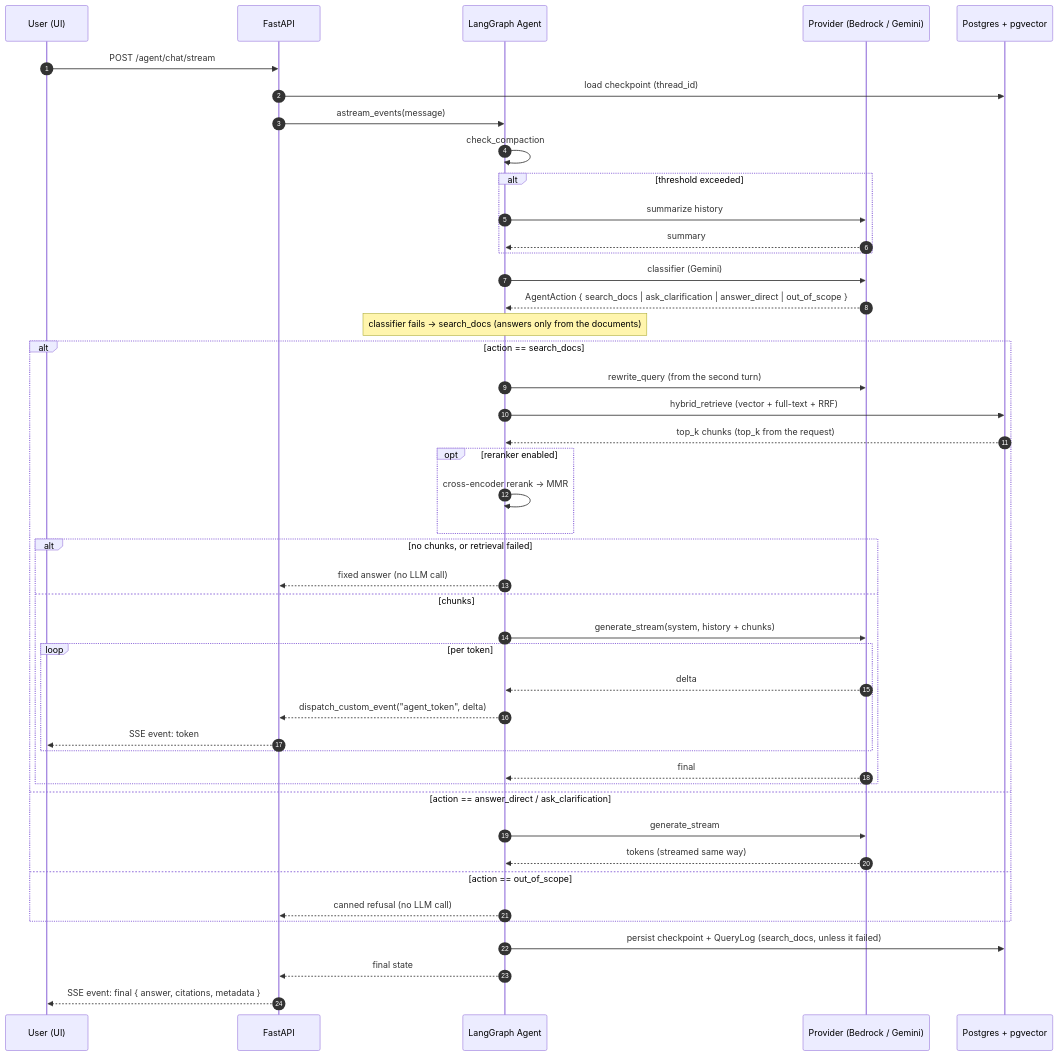
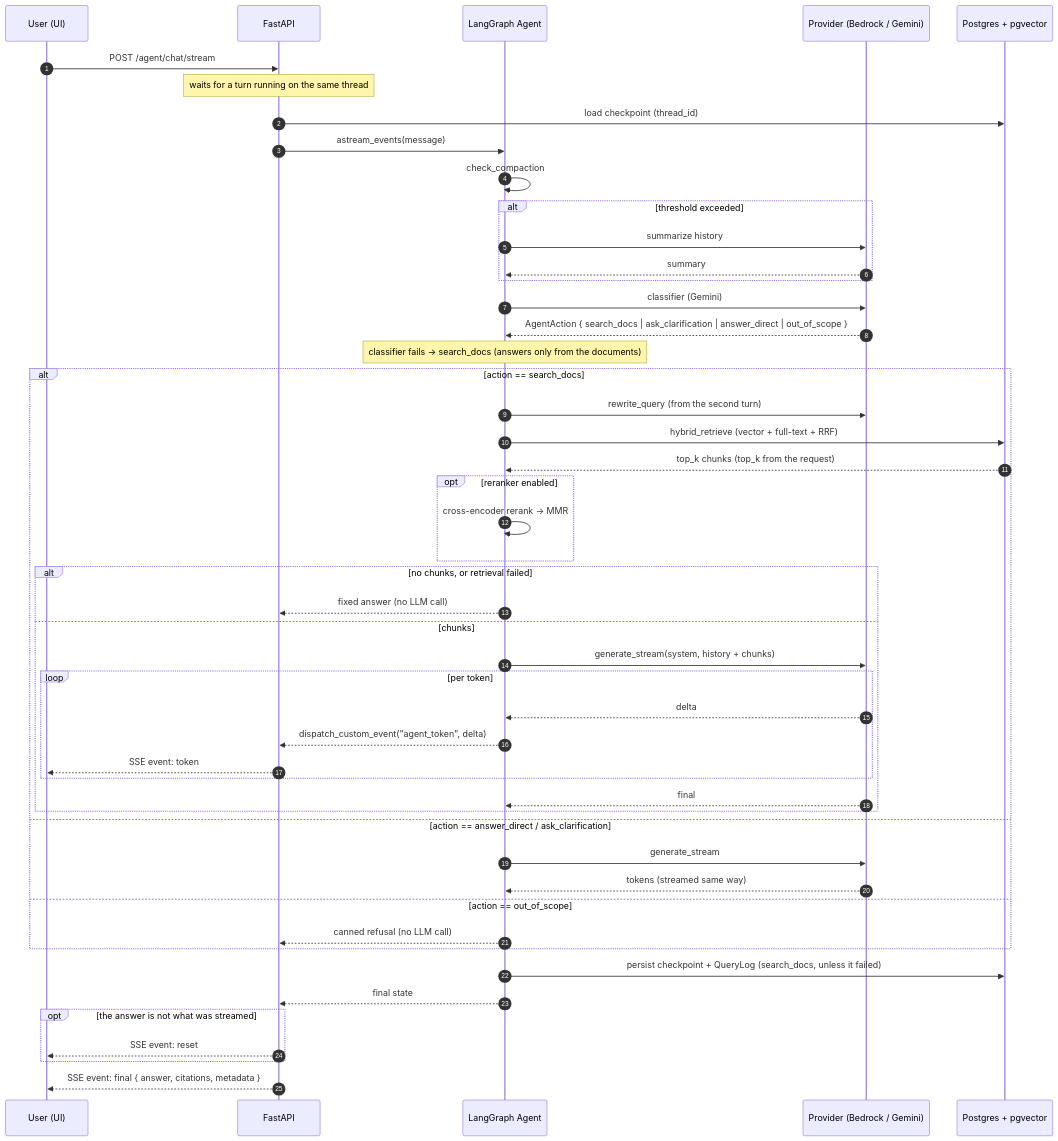
Before and after one commit to FrancoCazal/WhisperDocs: the second of 4 diagrams in ARCHITECTURE.md, drawn with Mermaid. The commit also changed other lines of this file and 10 other files, not shown here.

First line of the commit message:
fix(agent): the stream's edge cases, and one turn at a time per thread

````diff
--- a/ARCHITECTURE.md
+++ b/ARCHITECTURE.md
@@ -101,48 +101,52 @@
 ```mermaid
 sequenceDiagram
   autonumber
   participant U as User (UI)
   participant API as FastAPI
   participant G as LangGraph Agent
   participant LLM as Provider (Bedrock / Gemini)
   participant DB as Postgres + pgvector
 
   U->>API: POST /agent/chat/stream
+  Note over API: waits for a turn running on the same thread
   API->>DB: load checkpoint (thread_id)
   API->>G: astream_events(message)
   G->>G: check_compaction
   alt threshold exceeded
     G->>LLM: summarize history
     LLM-->>G: summary
   end
   G->>LLM: classifier (Gemini)
   LLM-->>G: AgentAction { search_docs | ask_clarification | answer_direct | out_of_scope }
   Note over G: classifier fails → search_docs (answers only from the documents)
   alt action == search_docs
     G->>LLM: rewrite_query (from the second turn)
     G->>DB: hybrid_retrieve (vector + full-text + RRF)
     DB-->>G: top_k chunks (top_k from the request)
     opt reranker enabled
       G->>G: cross-encoder rerank → MMR
     end
     alt no chunks, or retrieval failed
       G-->>API: fixed answer (no LLM call)
     else chunks
       G->>LLM: generate_stream(system, history + chunks)
       loop per token
         LLM-->>G: delta
         G-->>API: dispatch_custom_event("agent_token", delta)
         API-->>U: SSE event: token
       end
       LLM-->>G: final
     end
   else action == answer_direct / ask_clarification
     G->>LLM: generate_stream
     LLM-->>G: tokens (streamed same way)
   else action == out_of_scope
     G-->>API: canned refusal (no LLM call)
   end
   G->>DB: persist checkpoint + QueryLog (search_docs, unless it failed)
   G-->>API: final state
+  opt the answer is not what was streamed
+    API-->>U: SSE event: reset
+  end
   API-->>U: SSE event: final { answer, citations, metadata }
 ```
````
